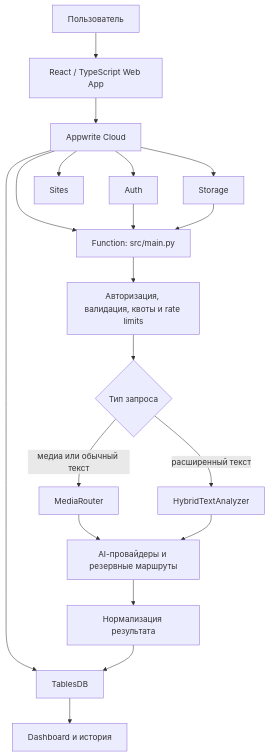
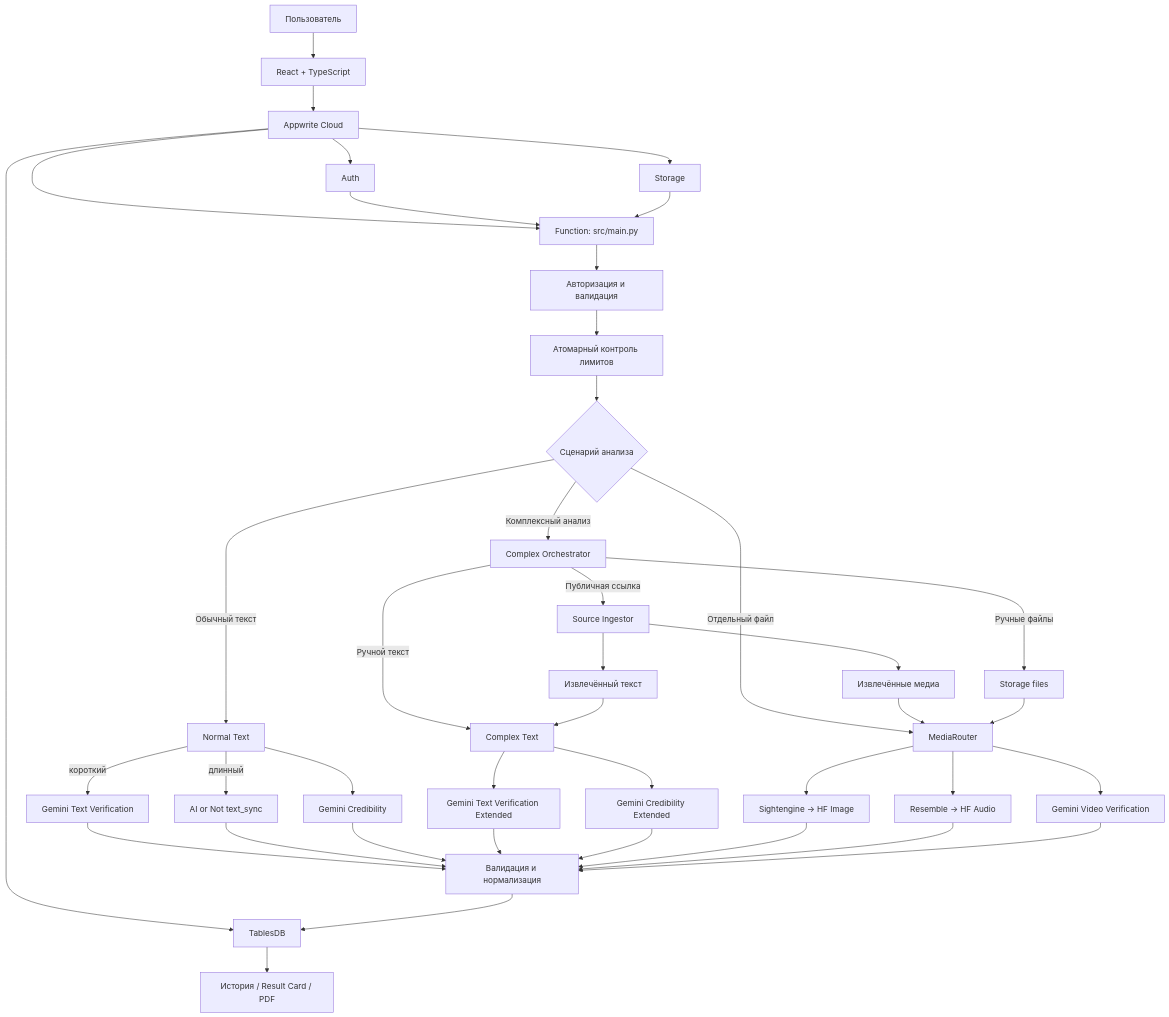
Before and after one commit to dany-simonov/YAV: the diagram in README.md, drawn with Mermaid. The commit also changed other lines of this file and 10 other files, not shown here.

````diff
--- a/README.md
+++ b/README.md
@@ -115,23 +149,55 @@
 ```mermaid
 flowchart TD
-    U[Пользователь] --> W[React / TypeScript Web App]
-    W --> A[Appwrite Cloud]
+    U[Пользователь] --> WEB[React + TypeScript]
+    WEB --> AW[Appwrite Cloud]
 
-    A --> AUTH[Auth]
-    A --> STORAGE[Storage]
-    A --> SITES[Sites]
-    A --> FN[Function: src/main.py]
-    A --> DB[TablesDB]
+    AW --> AUTH[Auth]
+    AW --> STORAGE[Storage]
+    AW --> FN[Function: src/main.py]
+    AW --> DB[TablesDB]
 
     AUTH --> FN
     STORAGE --> FN
-    FN --> B[Авторизация, валидация, квоты и rate limits]
-    B --> R{Тип запроса}
-    R -->|медиа или обычный текст| MR[MediaRouter]
-    R -->|расширенный текст| HT[HybridTextAnalyzer]
-    MR --> P[AI-провайдеры и резервные маршруты]
-    HT --> P
-    P --> N[Нормализация результата]
+
+    FN --> V[Авторизация и валидация]
+    V --> Q[Атомарный контроль лимитов]
+    Q --> ROUTE{Сценарий анализа}
+
+    ROUTE -->|Обычный текст| NT[Normal Text]
+    NT -->|короткий| GT[Gemini Text Verification]
+    NT -->|длинный| AN[AI or Not text_sync]
+    NT --> GC[Gemini Credibility]
+
+    ROUTE -->|Отдельный файл| MR[MediaRouter]
+
+    ROUTE -->|Комплексный анализ| CX[Complex Orchestrator]
+    CX -->|Публичная ссылка| SI[Source Ingestor]
+    CX -->|Ручной текст| CT[Complex Text]
+    CX -->|Ручные файлы| MF[Storage files]
+
+    SI --> XT[Извлечённый текст]
+    SI --> XM[Извлечённые медиа]
+
+    XT --> CT
+    CT --> GTE[Gemini Text Verification Extended]
+    CT --> GCE[Gemini Credibility Extended]
+
+    XM --> MR
+    MF --> MR
+
+    MR --> IM[Sightengine → HF Image]
+    MR --> AU[Resemble → HF Audio]
+    MR --> VI[Gemini Video Verification]
+
+    GT --> N[Валидация и нормализация]
+    AN --> N
+    GC --> N
+    GTE --> N
+    GCE --> N
+    IM --> N
+    AU --> N
+    VI --> N
+
     N --> DB
-    DB --> H[Dashboard и история]
+    DB --> H[История / Result Card / PDF]
 ```
````
